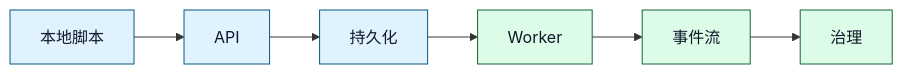
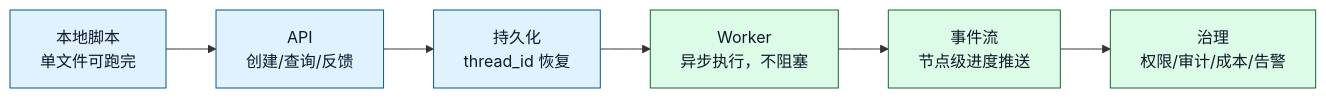
Before and after one commit to sealzrt/2026-08--agent: diagram 12 of 13 in ai-agent学习/06.LangGraph入门/16.LangGraph业务落地项目架构.md, drawn with Mermaid. The commit also changed other lines of this file and 13 other files, not shown here.

````diff
--- a/ai-agent学习/06.LangGraph入门/16.LangGraph业务落地项目架构.md
+++ b/ai-agent学习/06.LangGraph入门/16.LangGraph业务落地项目架构.md
@@ -392,12 +446,12 @@
 ```mermaid
 flowchart LR
-    A[本地脚本] --> B[API]
-    B --> C[持久化]
-    C --> D[Worker]
-    D --> E[事件流]
-    E --> F[治理]
+    A["本地脚本<br/>单文件可跑完"] --> B["API<br/>创建/查询/反馈"]
+    B --> C["持久化<br/>thread_id 恢复"]
+    C --> D["Worker<br/>异步执行，不阻塞"]
+    D --> E["事件流<br/>节点级进度推送"]
+    E --> F["治理<br/>权限/审计/成本/告警"]
     classDef core fill:#e0f2fe,stroke:#075985,color:#0f172a
     classDef cap fill:#dcfce7,stroke:#166534,color:#0f172a
     class A,B,C core
     class D,E,F cap
 ```
````
